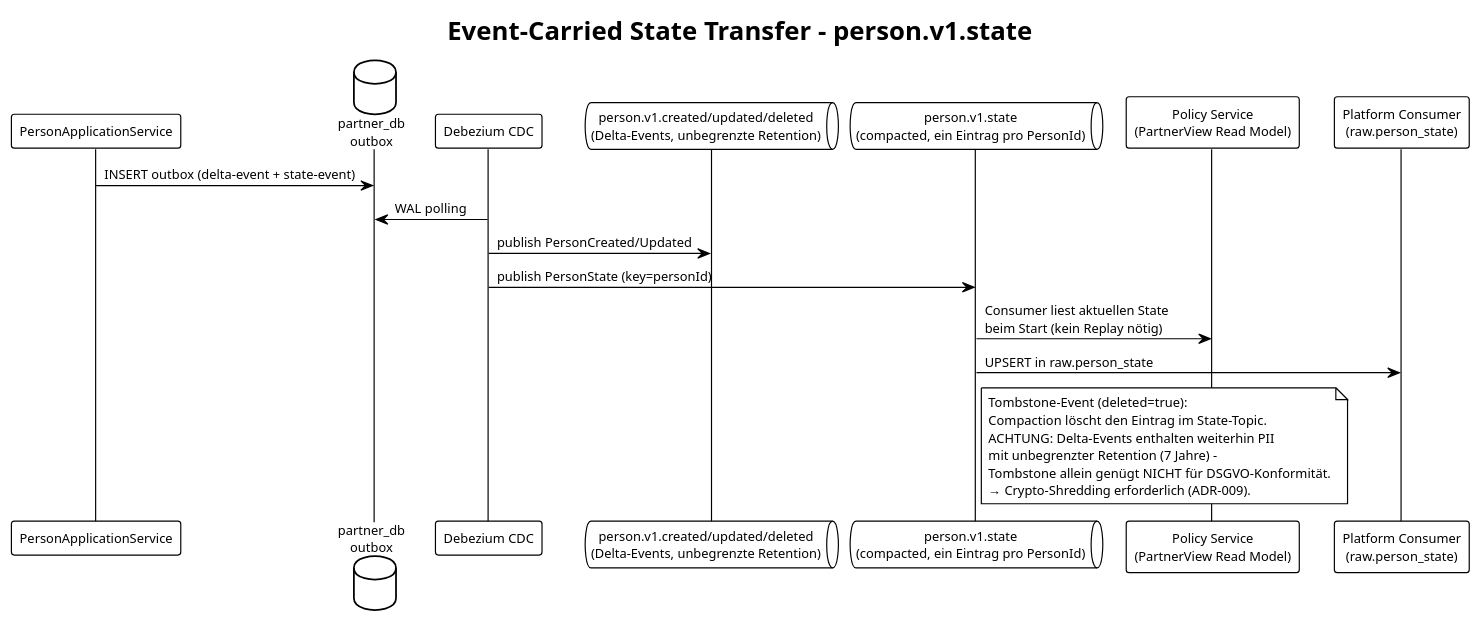
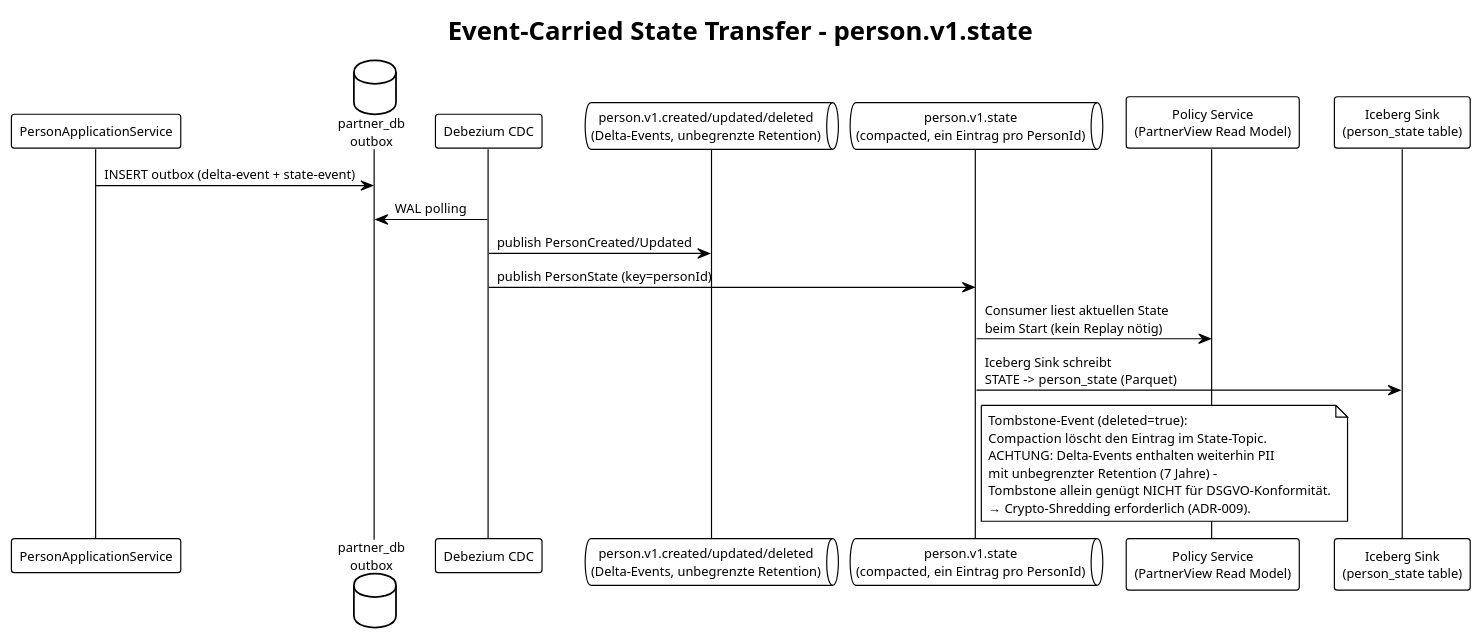
Diagram 15 of 16 in specs/arc42.md (LukasW/datamesh), drawn with PlantUML before and after one commit. The commit also changed other lines of this file and 70 other files, not shown here.

````diff
--- a/specs/arc42.md
+++ b/specs/arc42.md
@@ -1215,34 +1174,34 @@
 ```plantuml
 @startuml ecst
 !theme plain
 skinparam defaultFontSize 11
 
 title Event-Carried State Transfer – person.v1.state
 
 participant "PersonApplicationService" as APP
 database "partner_db\noutbox" as OUTBOX
 participant "Debezium CDC" as CDC
 queue "person.v1.created/updated/deleted\n(Delta-Events, unbegrenzte Retention)" as DELTA
 queue "person.v1.state\n(compacted, ein Eintrag pro PersonId)" as STATE
 participant "Policy Service\n(PartnerView Read Model)" as POL
-participant "Platform Consumer\n(raw.person_state)" as PC
+participant "Iceberg Sink\n(person_state table)" as PC
 
 APP -> OUTBOX : INSERT outbox (delta-event + state-event)
 CDC -> OUTBOX : WAL polling
 CDC -> DELTA : publish PersonCreated/Updated
 CDC -> STATE : publish PersonState (key=personId)
 
 STATE -> POL : Consumer liest aktuellen State\nbeim Start (kein Replay nötig)
-STATE -> PC : UPSERT in raw.person_state
+STATE -> PC : Iceberg Sink schreibt\nSTATE -> person_state (Parquet)
 
 note right of STATE
   Tombstone-Event (deleted=true):
   Compaction löscht den Eintrag im State-Topic.
   ACHTUNG: Delta-Events enthalten weiterhin PII
   mit unbegrenzter Retention (7 Jahre) –
   Tombstone allein genügt NICHT für DSGVO-Konformität.
   → Crypto-Shredding erforderlich (ADR-009).
 end note
 
 @enduml
 ```
````
